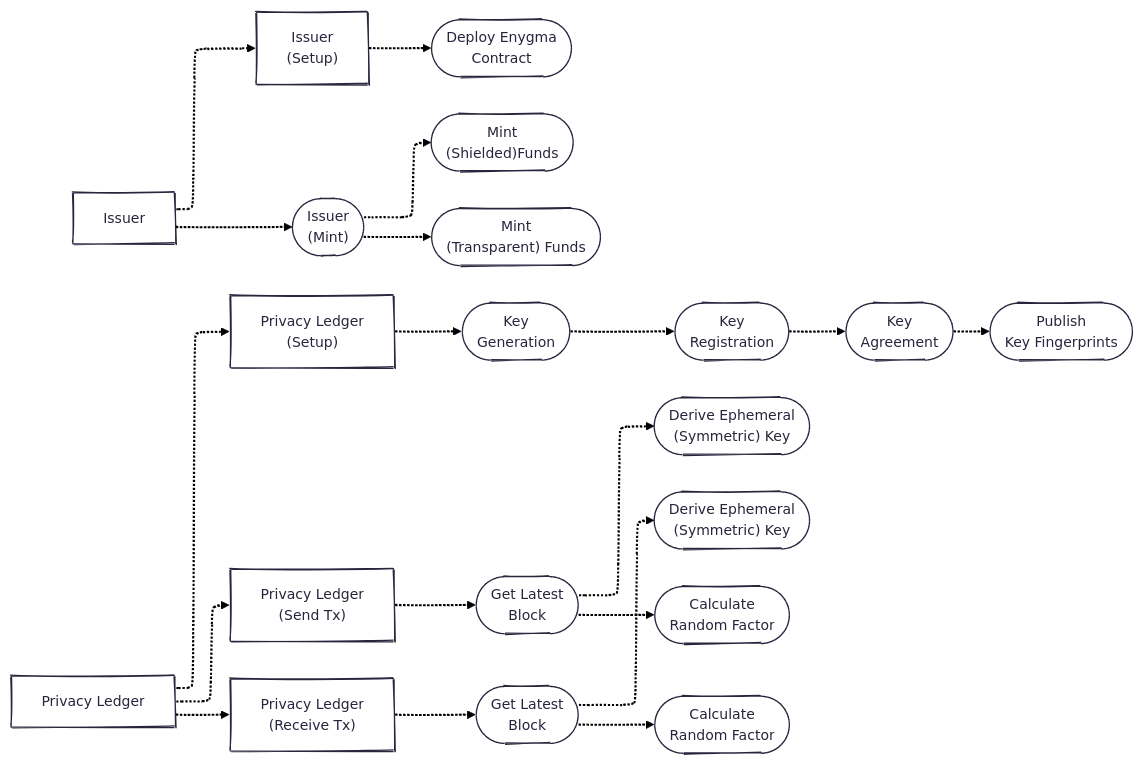
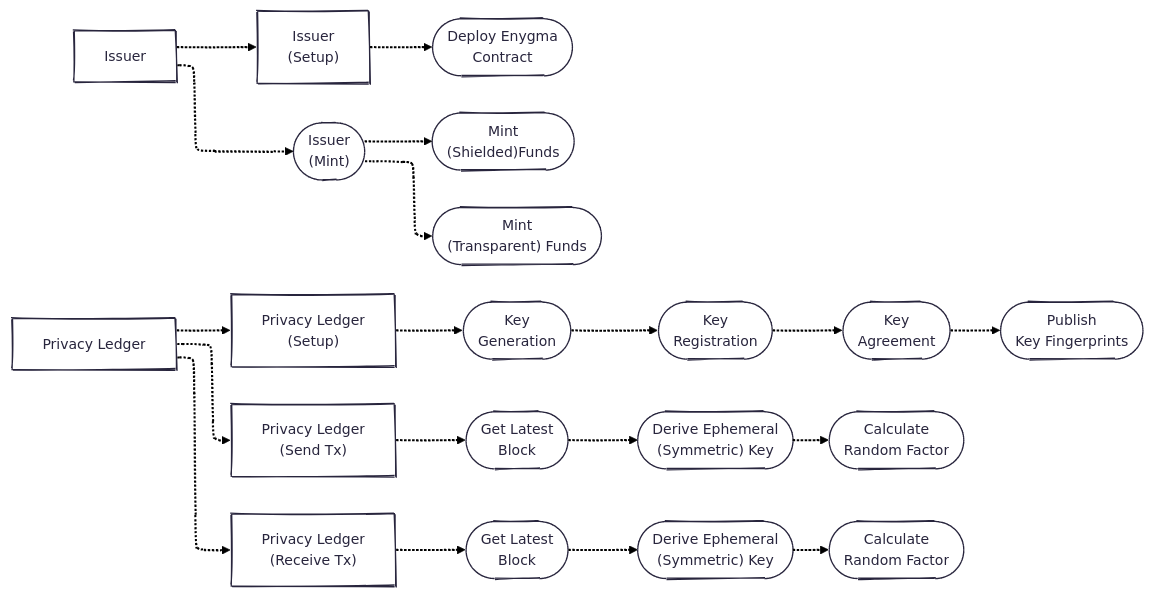
One commit to raylsnetwork/Enygma changed the second of 3 diagrams in enygma_payments/README.md. Above: the diagram before and after it, drawn with Mermaid.

Commit message:
Fix formatting in README.md for flowchart clarity

````diff
--- a/enygma_payments/README.md
+++ b/enygma_payments/README.md
@@ -52,44 +52,44 @@
 ```mermaid
 ---
 config:
   theme: redux
   layout: elk
   look: handDrawn
 ---
 flowchart LR
     issuer["Issuer"]
     i_setup["Issuer<br>(Setup)"]
     deploy(["Deploy Enygma<br>Contract"])
 
     i_mint(["Issuer<br>(Mint)"])
     mint_shield(["Mint<br>(Shielded)Funds"])
     mint_transparent(["Mint<br>(Transparent) Funds"])
 
     pl["Privacy Ledger"]
     pl_setup["Privacy Ledger<br>(Setup)"]
     keygen(["Key<br>Generation"])
     register(["Key<br>Registration"])
     kem(["Key<br>Agreement"])
     publish(["Publish<br>Key Fingerprints"])
 
     pl_send["Privacy Ledger<br>(Send Tx)"]
     getblock_send(["Get Latest<br>Block"])
     getblock_receive(["Get Latest<br>Block"])
     derivesendkey(["Derive Ephemeral<br>(Symmetric) Key"])
     derivereceivekey(["Derive Ephemeral<br>(Symmetric) Key"])
     calcR_send(["Calculate<br>Random Factor"])
     calcR_receive(["Calculate<br>Random Factor"])
 
     pl_receive["Privacy Ledger<br>(Receive Tx)"]
 
 
     issuer -.-> i_setup & i_mint
     i_setup -.-> deploy
     i_mint -.-> mint_shield & mint_transparent
 
     pl -.-> pl_setup & pl_send & pl_receive
 
     pl_setup -.-> keygen -.-> register -.-> kem -.-> publish
-    pl_send -.-> getblock_send -.-> derivesendkey & calcR_send
-    pl_receive -.-> getblock_receive -.-> derivereceivekey & calcR_receive
+    pl_send -.-> getblock_send -.-> derivesendkey -.-> calcR_send
+    pl_receive -.-> getblock_receive -.-> derivereceivekey -.-> calcR_receive
 ```
````
